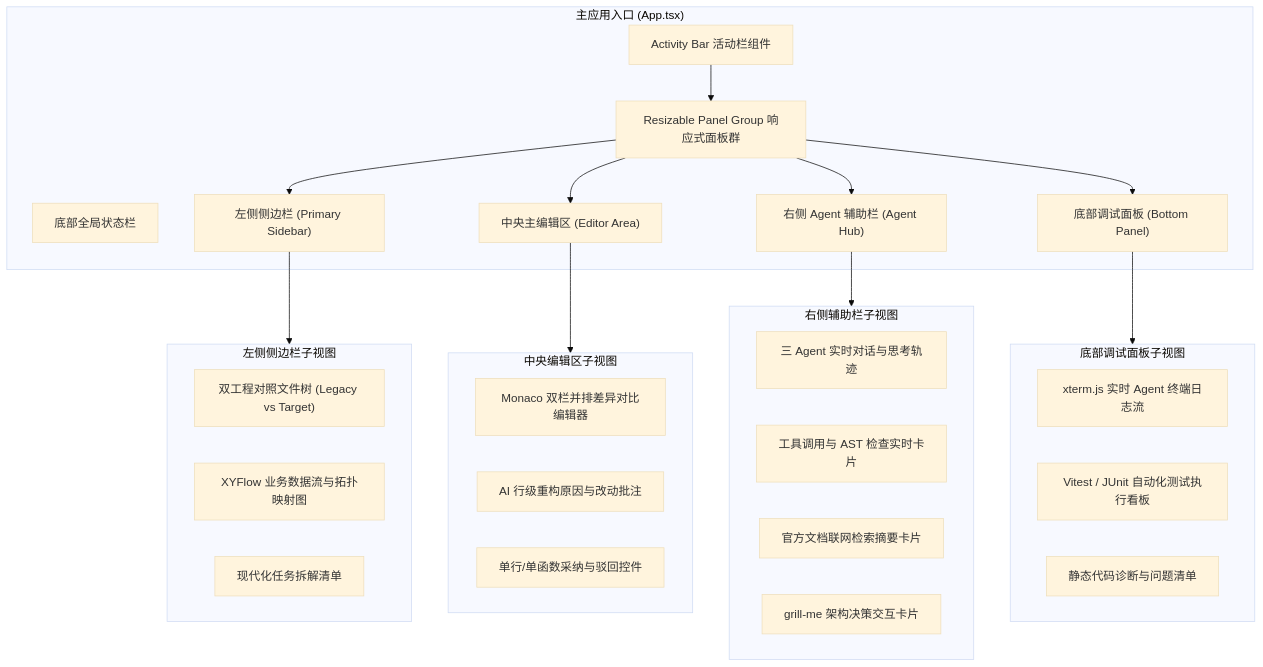
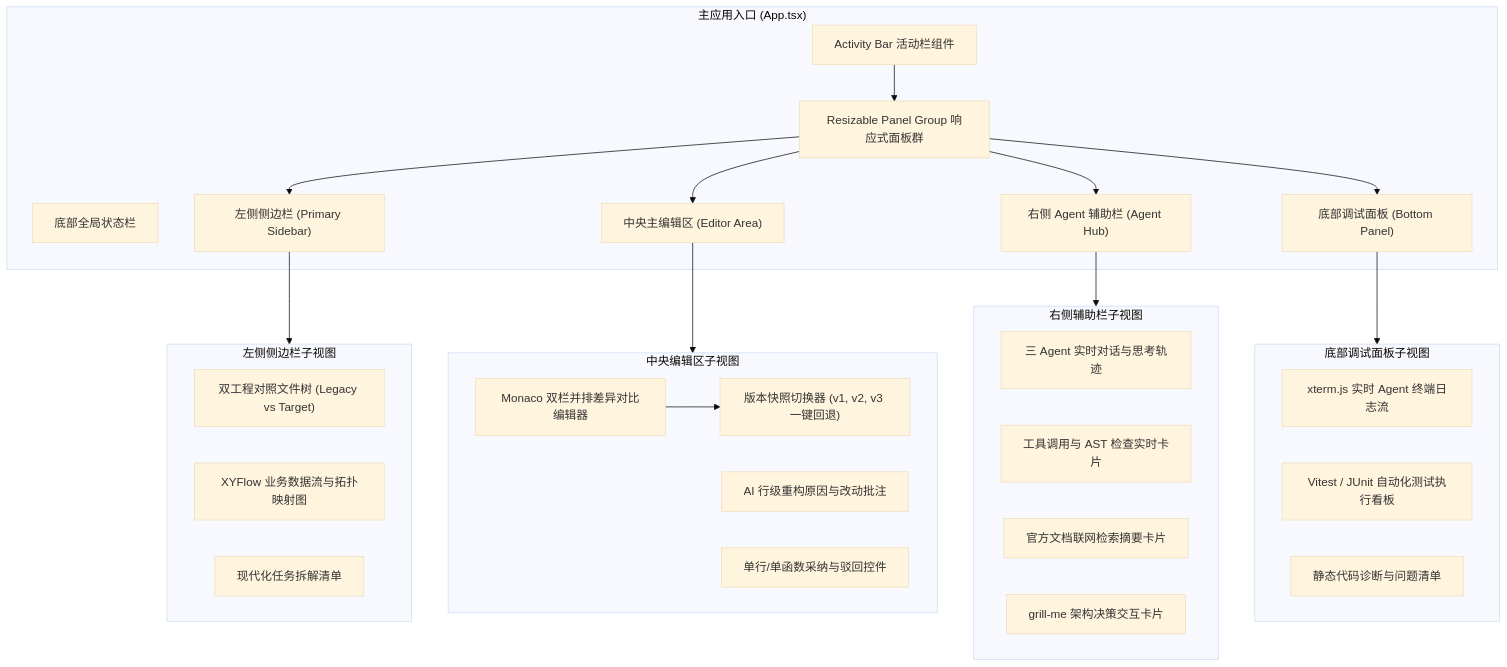
One commit to SakuraCianna/LegacyCodeModernizer changed the fifth of 5 diagrams in docs/zh/architecture.md. Above: the diagram before and after it, drawn with Mermaid (base theme). The commit also changed other lines of this file and 3 other files, not shown here.

````diff
--- a/docs/zh/architecture.md
+++ b/docs/zh/architecture.md
@@ -179,44 +208,46 @@
 ```mermaid
 graph TB
     subgraph App ["主应用入口 (App.tsx)"]
         ActivityBar["Activity Bar 活动栏组件"]
         PanelGroup["Resizable Panel Group 响应式面板群"]
         StatusBar["底部全局状态栏"]
 
         ActivityBar --> PanelGroup
         PanelGroup --> LeftSidebar["左侧侧边栏 (Primary Sidebar)"]
         PanelGroup --> CenterEditor["中央主编辑区 (Editor Area)"]
         PanelGroup --> RightSidebar["右侧 Agent 辅助栏 (Agent Hub)"]
         PanelGroup --> BottomPanel["底部调试面板 (Bottom Panel)"]
     end
 
     subgraph LeftSidebarComponents ["左侧侧边栏子视图"]
         FileTree["双工程对照文件树 (Legacy vs Target)"]
         BusinessMap["XYFlow 业务数据流与拓扑映射图"]
         TaskRoadmap["现代化任务拆解清单"]
     end
 
     subgraph CenterEditorComponents ["中央编辑区子视图"]
         MonacoDiff["Monaco 双栏并排差异对比编辑器"]
+        VersionSelector["版本快照切换器 (v1, v2, v3 一键回退)"]
         RationaleBadge["AI 行级重构原因与改动批注"]
         InlineReview["单行/单函数采纳与驳回控件"]
+        MonacoDiff --> VersionSelector
     end
 
     subgraph RightSidebarComponents ["右侧辅助栏子视图"]
         AgentChat["三 Agent 实时对话与思考轨迹"]
         ToolBadge["工具调用与 AST 检查实时卡片"]
         DocSnippet["官方文档联网检索摘要卡片"]
         GrillCard["grill-me 架构决策交互卡片"]
     end
 
     subgraph BottomPanelComponents ["底部调试面板子视图"]
         XtermTerminal["xterm.js 实时 Agent 终端日志流"]
         TestRunner["Vitest / JUnit 自动化测试执行看板"]
         LinterProblems["静态代码诊断与问题清单"]
     end
 
     LeftSidebar --> LeftSidebarComponents
     CenterEditor --> CenterEditorComponents
     RightSidebar --> RightSidebarComponents
     BottomPanel --> BottomPanelComponents
 ```
````
